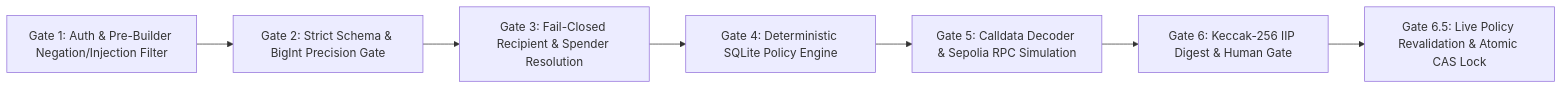
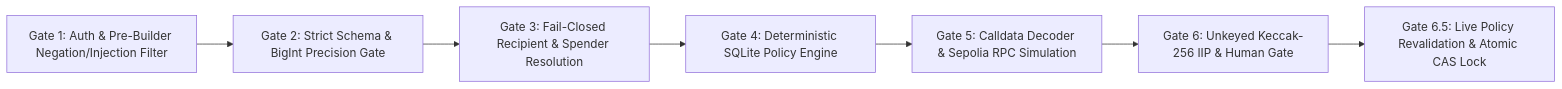
One commit to cryptXploit/SentinAI-Guardian---An-AI-Native-Autonomous-Wallet changed the diagram in docs/architecture/13_SECURITY_ARCHITECTURE.md. Above: the diagram before and after it, drawn with Mermaid. The commit also changed other lines of this file and 69 other files, not shown here.

````diff
--- a/docs/architecture/13_SECURITY_ARCHITECTURE.md
+++ b/docs/architecture/13_SECURITY_ARCHITECTURE.md
@@ -12,9 +12,9 @@
 ```mermaid
 flowchart LR
     G1["Gate 1: Auth & Pre-Builder Negation/Injection Filter"] --> G2["Gate 2: Strict Schema & BigInt Precision Gate"]
     G2 --> G3["Gate 3: Fail-Closed Recipient & Spender Resolution"]
     G3 --> G4["Gate 4: Deterministic SQLite Policy Engine"]
     G4 --> G5["Gate 5: Calldata Decoder & Sepolia RPC Simulation"]
-    G5 --> G6["Gate 6: Keccak-256 IIP Digest & Human Gate"]
+    G5 --> G6["Gate 6: Unkeyed Keccak-256 IIP & Human Gate"]
     G6 --> G65["Gate 6.5: Live Policy Revalidation & Atomic CAS Lock"]
 ```
````
